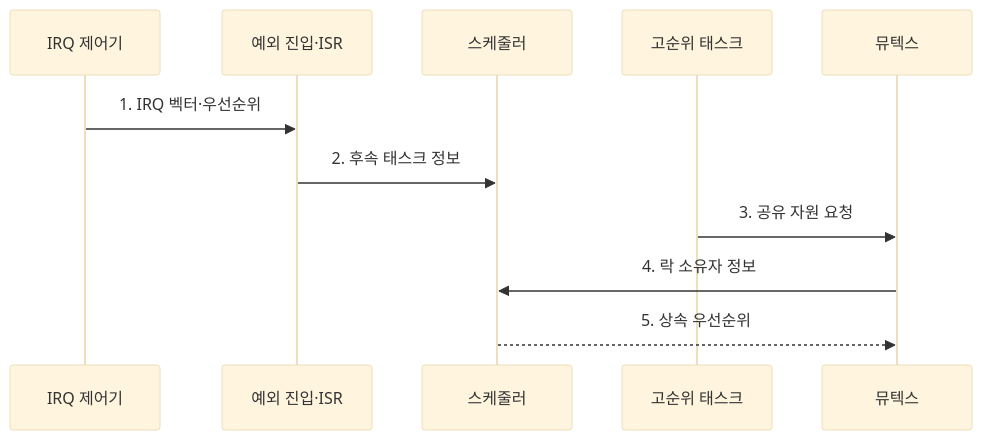
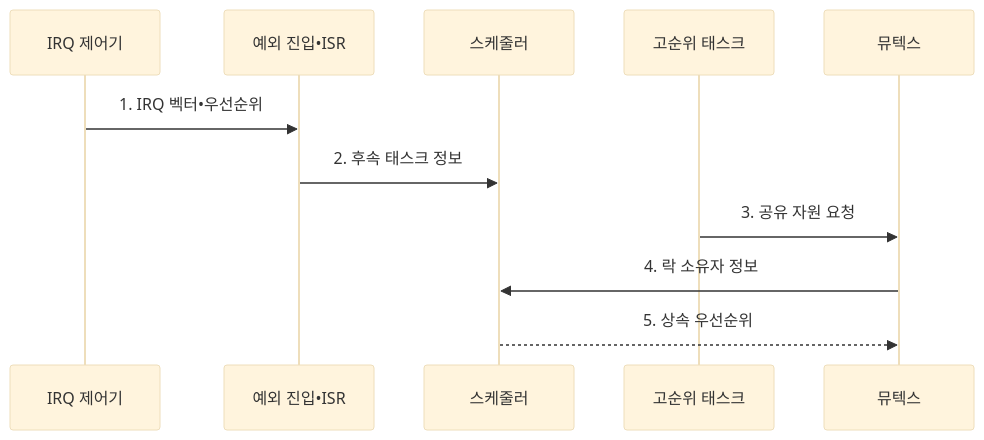
One commit to agnusdei1207/knowledge-base changed the second of 2 diagrams in src/content/docs/notes/02-hardware/063_interrupt_latency_priority_inversion.md. Above: the diagram before and after it, drawn with Mermaid (base theme). The commit also changed other lines of this file and 953 other files, not shown here.

````diff
--- a/src/content/docs/notes/02-hardware/063_interrupt_latency_priority_inversion.md
+++ b/src/content/docs/notes/02-hardware/063_interrupt_latency_priority_inversion.md
@@ -108,14 +108,14 @@
 ```mermaid
 sequenceDiagram
     participant I as IRQ 제어기
-    participant E as 예외 진입·ISR
+    participant E as 예외 진입•ISR
     participant S as 스케줄러
     participant H as 고순위 태스크
     participant M as 뮤텍스
 
-    I->>E: 1. IRQ 벡터·우선순위
+    I->>E: 1. IRQ 벡터•우선순위
     E->>S: 2. 후속 태스크 정보
     H->>M: 3. 공유 자원 요청
     M->>S: 4. 락 소유자 정보
     S-->>M: 5. 상속 우선순위
 ```
````
